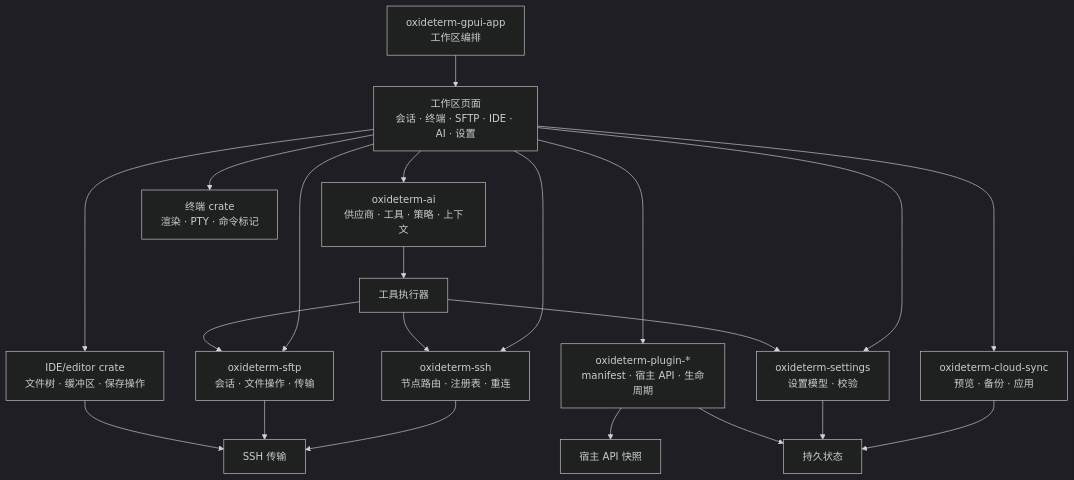
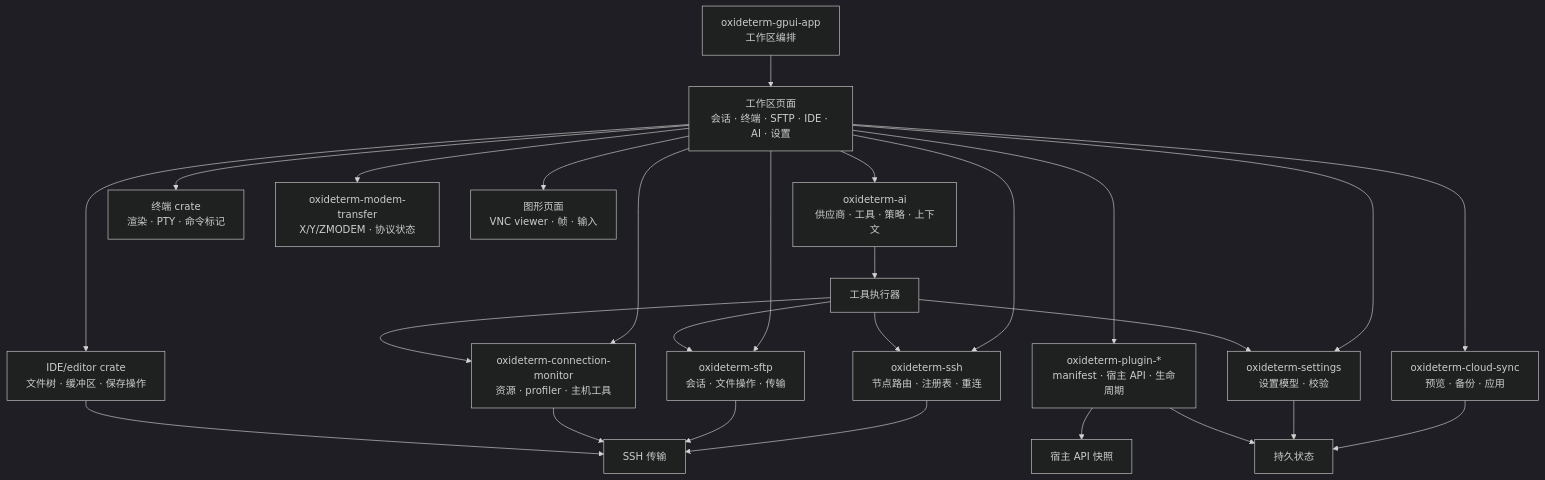
One commit to AnalyseDeCircuit/oxideterm changed the sixth of 15 diagrams in docs/user-guide/zh-Hans/architecture.md. Above: the diagram before and after it, drawn with Mermaid (dark theme). The commit also changed other lines of this file and 17 other files, not shown here.

Commit message:
docs: refresh native architecture guide

````diff
--- a/docs/user-guide/zh-Hans/architecture.md
+++ b/docs/user-guide/zh-Hans/architecture.md
@@ -923,25 +1026,30 @@
 ```mermaid
 flowchart TB
     Workspace["oxideterm-gpui-app<br/>工作区编排"] --> AppSurfaces["工作区页面<br/>会话 · 终端 · SFTP · IDE · AI · 设置"]
 
     AppSurfaces --> SshDomain["oxideterm-ssh<br/>节点路由 · 注册表 · 重连"]
     AppSurfaces --> SftpDomain["oxideterm-sftp<br/>会话 · 文件操作 · 传输"]
+    AppSurfaces --> MonitorDomain["oxideterm-connection-monitor<br/>资源 · profiler · 主机工具"]
     AppSurfaces --> AiDomain["oxideterm-ai<br/>供应商 · 工具 · 策略 · 上下文"]
     AppSurfaces --> SettingsDomain["oxideterm-settings<br/>设置模型 · 校验"]
     AppSurfaces --> PluginDomain["oxideterm-plugin-*<br/>manifest · 宿主 API · 生命周期"]
     AppSurfaces --> SyncDomain["oxideterm-cloud-sync<br/>预览 · 备份 · 应用"]
     AppSurfaces --> TerminalDomain["终端 crate<br/>渲染 · PTY · 命令标记"]
+    AppSurfaces --> ModemDomain["oxideterm-modem-transfer<br/>X/Y/ZMODEM · 协议状态"]
+    AppSurfaces --> GraphicsDomain["图形页面<br/>VNC viewer · 帧 · 输入"]
     AppSurfaces --> IdeDomain["IDE/editor crate<br/>文件树 · 缓冲区 · 保存操作"]
 
     SshDomain --> SshTransport["SSH 传输"]
     SftpDomain --> SshTransport
+    MonitorDomain --> SshTransport
     IdeDomain --> SshTransport
     PluginDomain --> HostApi["宿主 API 快照"]
     AiDomain --> ToolExecutor["工具执行器"]
     ToolExecutor --> SshDomain
     ToolExecutor --> SftpDomain
+    ToolExecutor --> MonitorDomain
     ToolExecutor --> SettingsDomain
     SyncDomain --> DurableState["持久状态"]
     SettingsDomain --> DurableState
     PluginDomain --> DurableState
 ```
````
